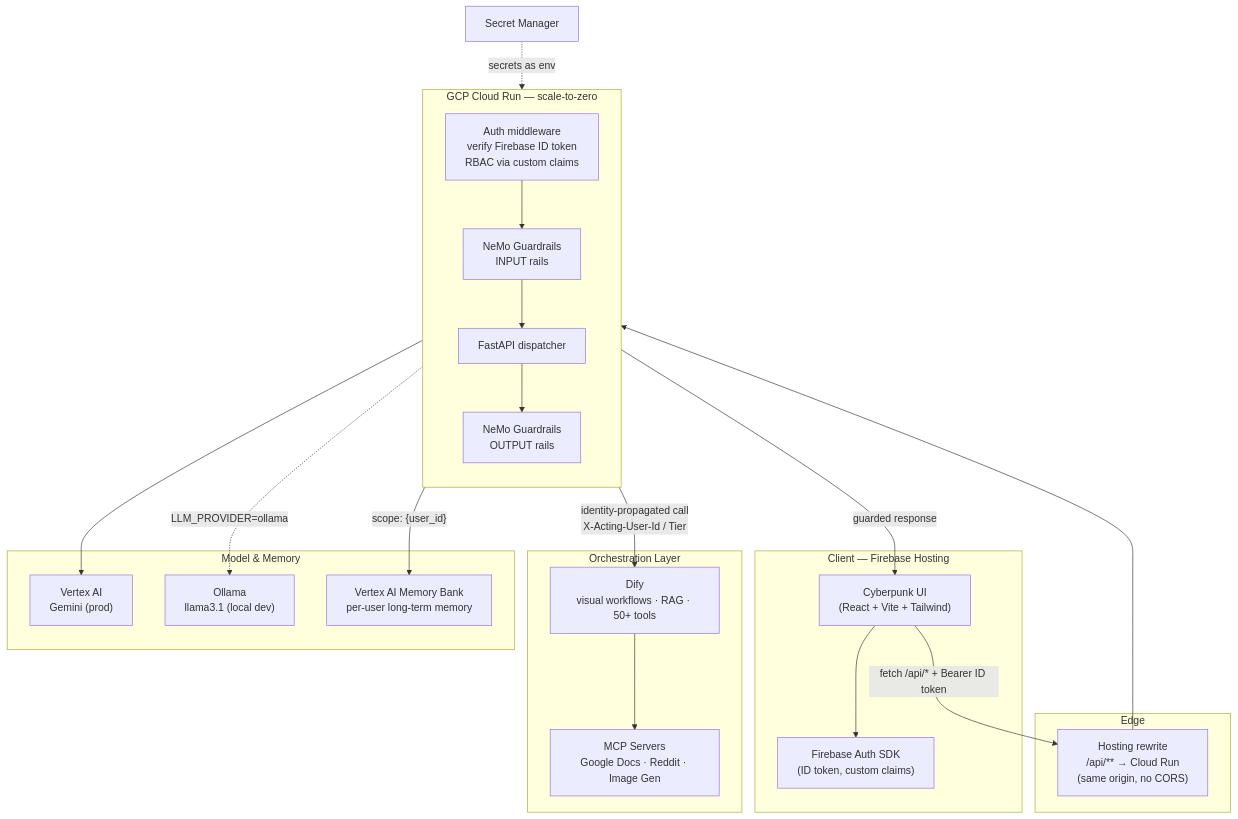
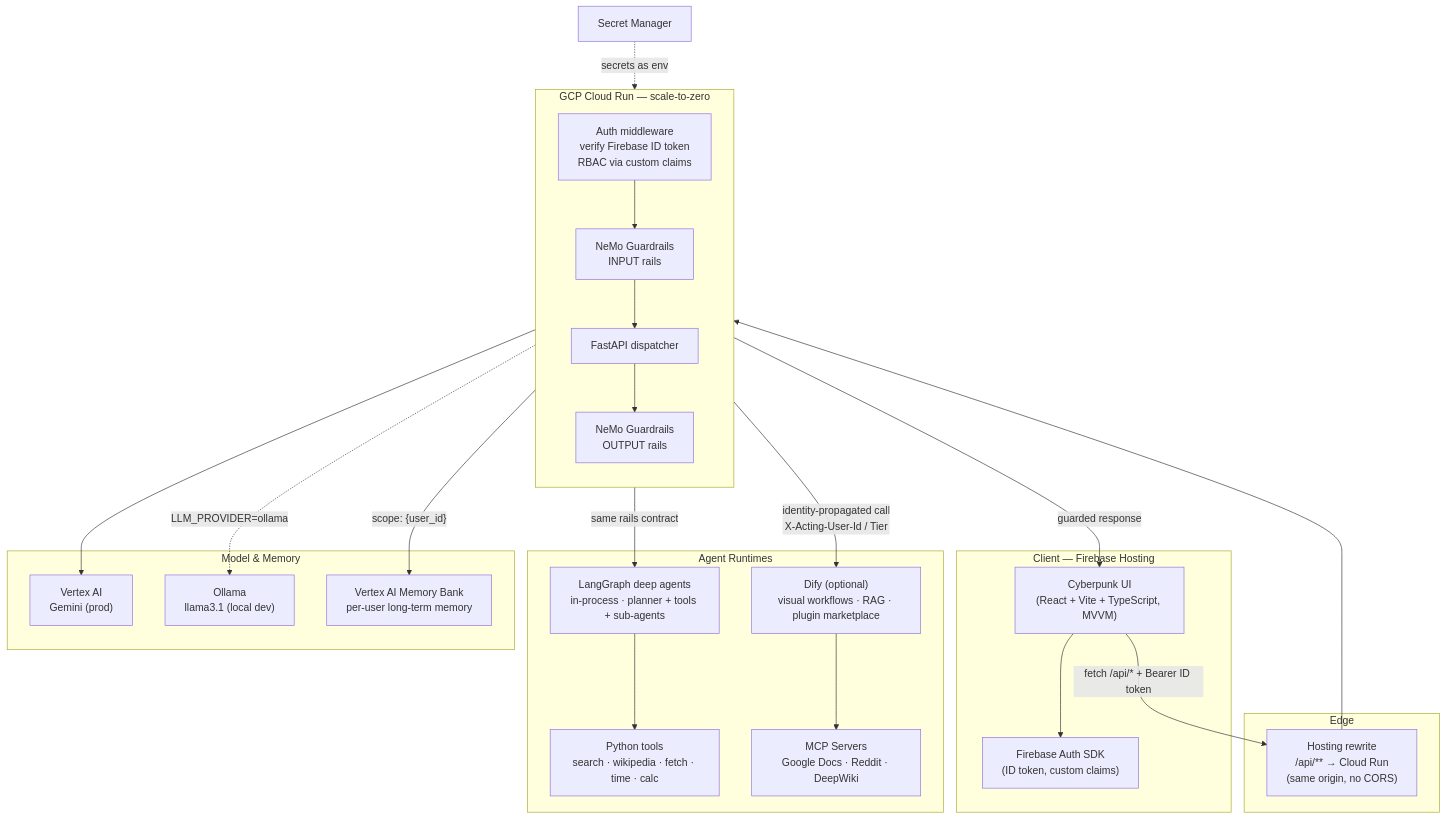
One commit to AbhirupGhosh92/asterion_nexus changed the first of 2 diagrams in docs/DESIGN.md. Above: the diagram before and after it, drawn with Mermaid. The commit also changed other lines of this file and 4 other files, not shown here.

````diff
--- a/docs/DESIGN.md
+++ b/docs/DESIGN.md
@@ -13,43 +18,47 @@
 ```mermaid
 flowchart TB
     subgraph CLIENT["Client — Firebase Hosting"]
-        UI["Cyberpunk UI<br/>(React + Vite + Tailwind)"]
+        UI["Cyberpunk UI<br/>(React + Vite + TypeScript, MVVM)"]
         FBA["Firebase Auth SDK<br/>(ID token, custom claims)"]
         UI --> FBA
     end
 
     subgraph EDGE["Edge"]
         RW["Hosting rewrite<br/>/api/** → Cloud Run<br/>(same origin, no CORS)"]
     end
 
     subgraph RUN["GCP Cloud Run — scale-to-zero"]
         direction TB
         AUTH["Auth middleware<br/>verify Firebase ID token<br/>RBAC via custom claims"]
         GRIN["NeMo Guardrails<br/>INPUT rails"]
         API["FastAPI dispatcher"]
         GROUT["NeMo Guardrails<br/>OUTPUT rails"]
         AUTH --> GRIN --> API --> GROUT
     end
 
-    subgraph ORCH["Orchestration Layer"]
-        DIFY["Dify<br/>visual workflows · RAG · 50+ tools"]
-        MCP["MCP Servers<br/>Google Docs · Reddit · Image Gen"]
+    subgraph ORCH["Agent Runtimes"]
+        DEEP["LangGraph deep agents<br/>in-process · planner + tools + sub-agents"]
+        TOOLS["Python tools<br/>search · wikipedia · fetch · time · calc"]
+        DIFY["Dify (optional)<br/>visual workflows · RAG · plugin marketplace"]
+        MCP["MCP Servers<br/>Google Docs · Reddit · DeepWiki"]
+        DEEP --> TOOLS
         DIFY --> MCP
     end
 
     subgraph AI["Model & Memory"]
         VERTEX["Vertex AI<br/>Gemini (prod)"]
         OLLAMA["Ollama<br/>llama3.1 (local dev)"]
         MEM["Vertex AI Memory Bank<br/>per-user long-term memory"]
     end
 
     SM["Secret Manager"]
 
     UI -- "fetch /api/* + Bearer ID token" --> RW --> AUTH
+    API -- "same rails contract" --> DEEP
     API -- "identity-propagated call<br/>X-Acting-User-Id / Tier" --> DIFY
     API --> VERTEX
     API -.->|"LLM_PROVIDER=ollama"| OLLAMA
     API -- "scope: {user_id}" --> MEM
     SM -. "secrets as env" .-> RUN
     GROUT -- "guarded response" --> UI
 ```
````
